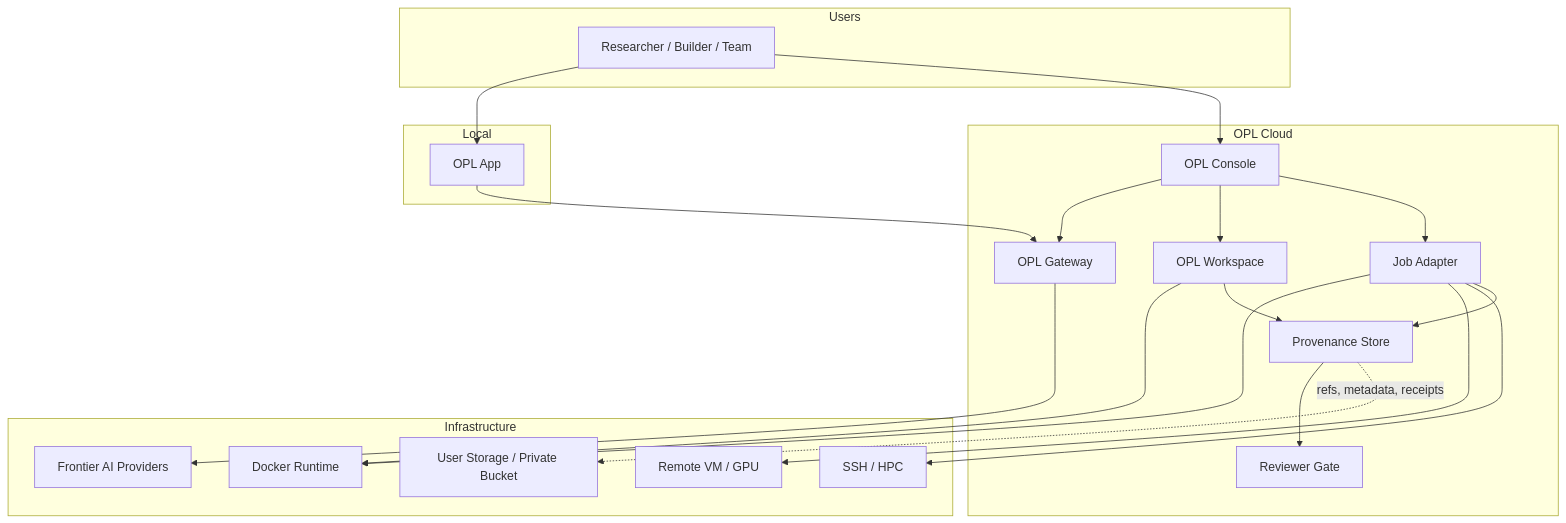
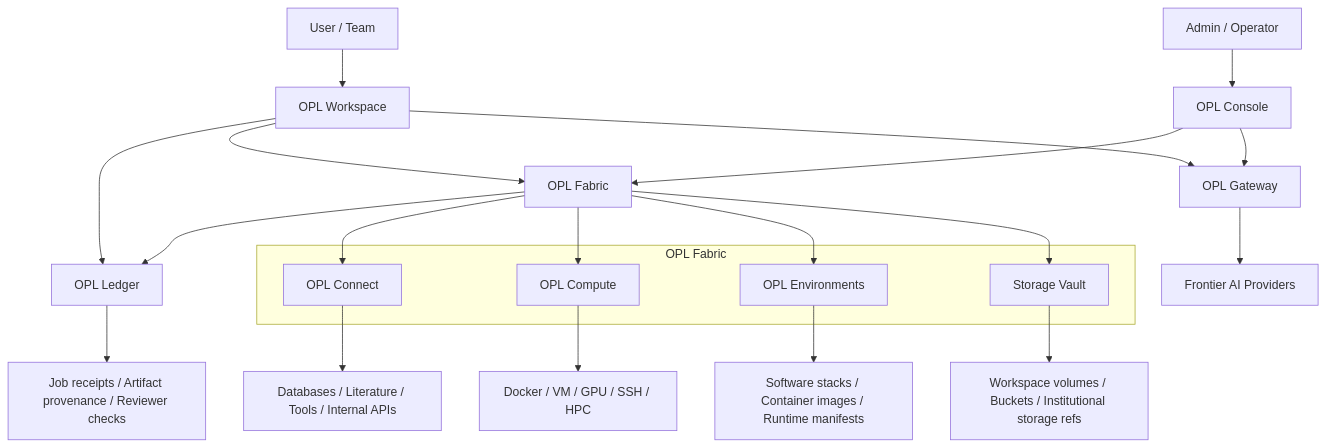
Before and after one commit to gaofeng21cn/one-person-lab-cloud: the diagram in docs/architecture.md, drawn with Mermaid. The commit also changed other lines of this file and 14 other files, not shown here.

Commit message:
Define OPL Cloud platform architecture

````diff
--- a/docs/architecture.md
+++ b/docs/architecture.md
@@ -13,43 +15,31 @@
 ```mermaid
 flowchart TB
-  subgraph Users
-    Human[Researcher / Builder / Team]
+  User[User / Team] --> Workspace[OPL Workspace]
+  Admin[Admin / Operator] --> Console[OPL Console]
+
+  Workspace --> Gateway[OPL Gateway]
+  Console --> Gateway
+  Workspace --> Fabric[OPL Fabric]
+  Console --> Fabric
+  Workspace --> Ledger[OPL Ledger]
+  Fabric --> Ledger
+
+  subgraph FabricLayer[OPL Fabric]
+    Connect[OPL Connect]
+    Compute[OPL Compute]
+    Env[OPL Environments]
+    Storage[Storage Vault]
   end
 
-  subgraph Local
-    App[OPL App]
-  end
+  Fabric --> Connect
+  Fabric --> Compute
+  Fabric --> Env
+  Fabric --> Storage
 
-  subgraph Cloud[OPL Cloud]
-    Console[OPL Console]
-    Gateway[OPL Gateway]
-    Workspace[OPL Workspace]
-    Broker[Job Adapter]
-    Evidence[Provenance Store]
-    Reviewer[Reviewer Gate]
-  end
-
-  subgraph Infrastructure
-    Docker[Docker Runtime]
-    VM[Remote VM / GPU]
-    SSH[SSH / HPC]
-    Models[Frontier AI Providers]
-    Storage[User Storage / Private Bucket]
-  end
-
-  Human --> App
-  Human --> Console
-  App --> Gateway
-  Console --> Gateway
-  Console --> Workspace
-  Workspace --> Docker
-  Console --> Broker
-  Broker --> Docker
-  Broker --> VM
-  Broker --> SSH
-  Gateway --> Models
-  Broker --> Evidence
-  Workspace --> Evidence
-  Evidence --> Reviewer
-  Evidence -. refs, metadata, receipts .-> Storage
+  Gateway --> Models[Frontier AI Providers]
+  Connect --> Systems[Databases / Literature / Tools / Internal APIs]
+  Compute --> Resources[Docker / VM / GPU / SSH / HPC]
+  Env --> Images[Software stacks / Container images / Runtime manifests]
+  Storage --> Data[Workspace volumes / Buckets / Institutional storage refs]
+  Ledger --> Evidence[Job receipts / Artifact provenance / Reviewer checks]
 ```
````
